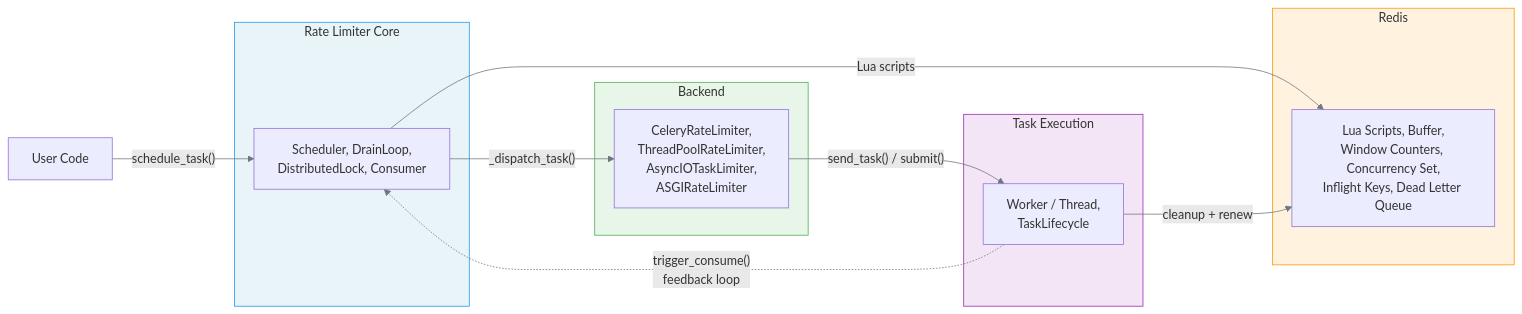
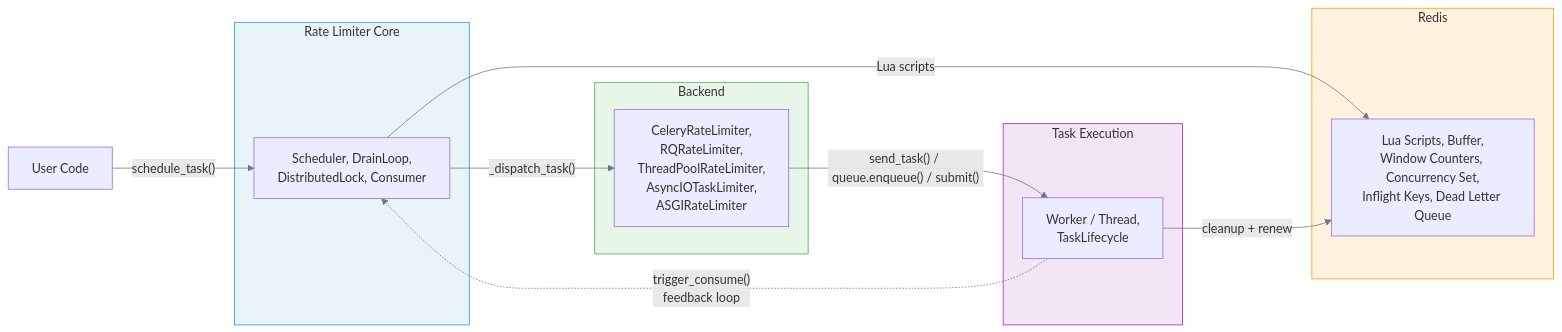
One commit to melroy999/redis-rate-limiter changed the first of 5 diagrams in docs/architecture/components.md. Above: the diagram before and after it, drawn with Mermaid. The commit also changed other lines of this file and 30 other files, not shown here.

Commit message:
[/backends] Added backend implementation for redis queue.

````diff
--- a/docs/architecture/components.md
+++ b/docs/architecture/components.md
@@ -13,33 +13,33 @@
 ```mermaid
 %%{init: {"theme": "default", "themeVariables": {"lineColor": "#6e7781"}}}%%
 graph LR
     User["User Code"]
 
     subgraph Limiter ["Rate Limiter Core"]
         LimiterBlock["Scheduler, DrainLoop,<br>DistributedLock, Consumer"]
     end
 
     subgraph RedisLayer ["Redis"]
         RedisBlock["Lua Scripts, Buffer,<br>Window Counters, Concurrency Set,<br>Inflight Keys, Dead Letter Queue"]
     end
 
     subgraph Backends ["Backend"]
-        BackendBlock["CeleryRateLimiter,<br>ThreadPoolRateLimiter,<br>AsyncIOTaskLimiter,<br>ASGIRateLimiter"]
+        BackendBlock["CeleryRateLimiter,<br>RQRateLimiter,<br>ThreadPoolRateLimiter,<br>AsyncIOTaskLimiter,<br>ASGIRateLimiter"]
     end
 
     subgraph Execution ["Task Execution"]
         ExecBlock["Worker / Thread,<br>TaskLifecycle"]
     end
 
     User -->|"schedule_task()"| LimiterBlock
     LimiterBlock -->|"Lua scripts"| RedisBlock
     LimiterBlock -->|"_dispatch_task()"| BackendBlock
-    BackendBlock -->|"send_task() / submit()"| ExecBlock
+    BackendBlock -->|"send_task() / queue.enqueue() / submit()"| ExecBlock
     ExecBlock -->|"cleanup + renew"| RedisBlock
     ExecBlock -.->|"trigger_consume()<br>feedback loop"| LimiterBlock
 
     style Limiter fill:#e8f4f8,stroke:#2196F3
     style RedisLayer fill:#fff3e0,stroke:#FF9800
     style Backends fill:#e8f5e9,stroke:#4CAF50
     style Execution fill:#f3e5f5,stroke:#9C27B0
 ```
````
